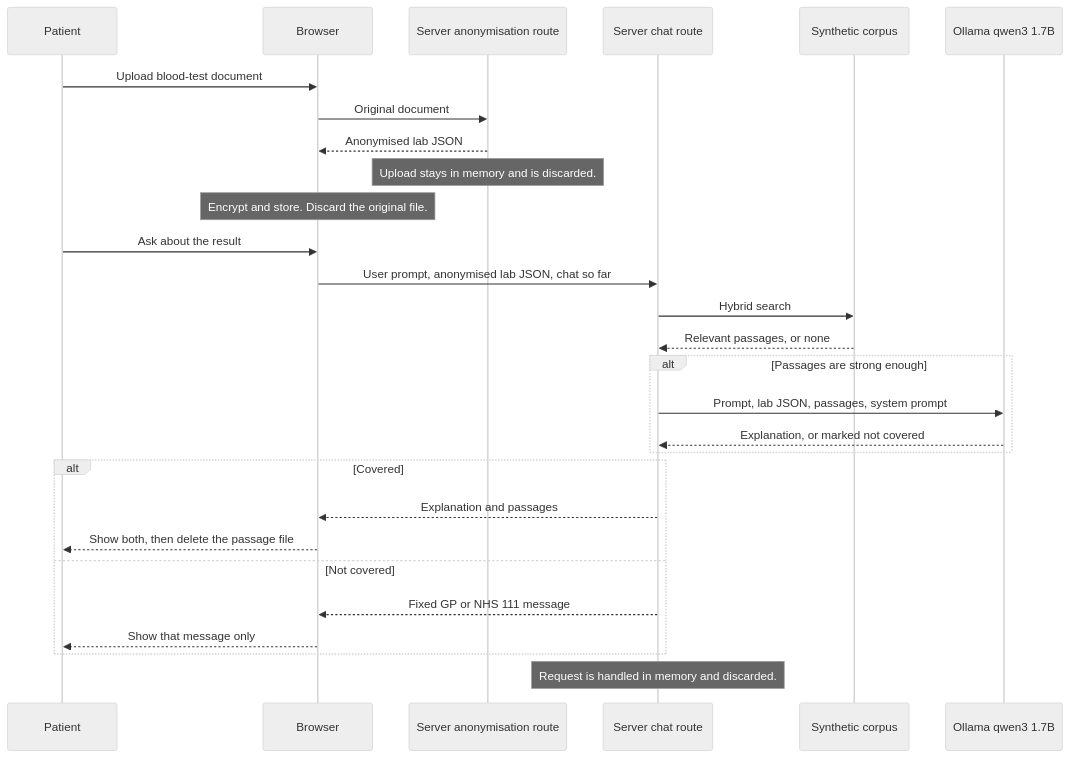
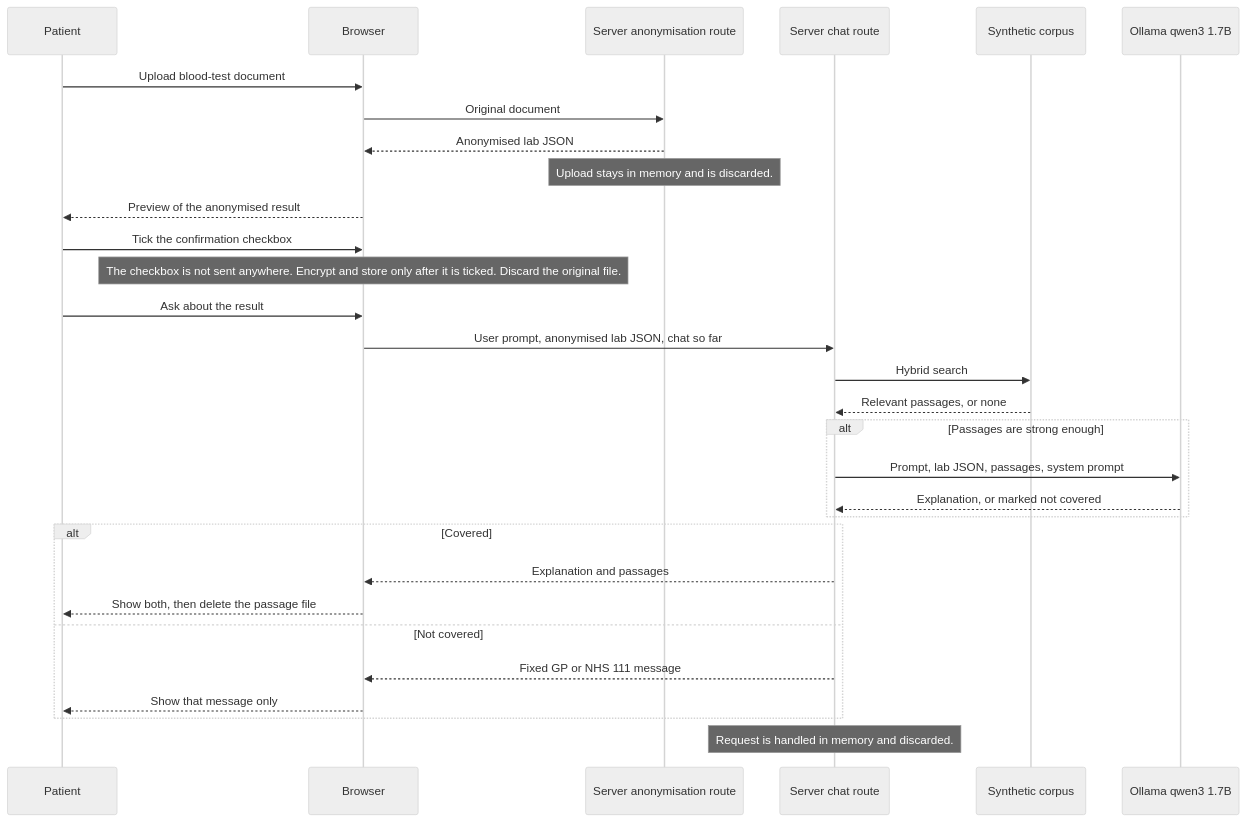
One commit to ramy-glitch/CarePath_AI changed the second of 5 diagrams in README.md. Above: the diagram before and after it, drawn with Mermaid (neutral theme). The commit also changed other lines of this file, not shown here.

````diff
--- a/README.md
+++ b/README.md
@@ -63,32 +66,34 @@
 ```mermaid
 sequenceDiagram
   participant Patient
   participant Browser
   participant Anon as Server anonymisation route
   participant Chat as Server chat route
   participant Corpus as Synthetic corpus
   participant Ollama as Ollama qwen3 1.7B
 
   Patient->>Browser: Upload blood-test document
   Browser->>Anon: Original document
   Anon-->>Browser: Anonymised lab JSON
   Note over Anon: Upload stays in memory and is discarded.
-  Note over Browser: Encrypt and store. Discard the original file.
+  Browser-->>Patient: Preview of the anonymised result
+  Patient->>Browser: Tick the confirmation checkbox
+  Note over Browser: The checkbox is not sent anywhere. Encrypt and store only after it is ticked. Discard the original file.
 
   Patient->>Browser: Ask about the result
   Browser->>Chat: User prompt, anonymised lab JSON, chat so far
   Chat->>Corpus: Hybrid search
   Corpus-->>Chat: Relevant passages, or none
   alt Passages are strong enough
     Chat->>Ollama: Prompt, lab JSON, passages, system prompt
     Ollama-->>Chat: Explanation, or marked not covered
   end
   alt Covered
     Chat-->>Browser: Explanation and passages
     Browser-->>Patient: Show both, then delete the passage file
   else Not covered
     Chat-->>Browser: Fixed GP or NHS 111 message
     Browser-->>Patient: Show that message only
   end
   Note over Chat: Request is handled in memory and discarded.
 ```
````
